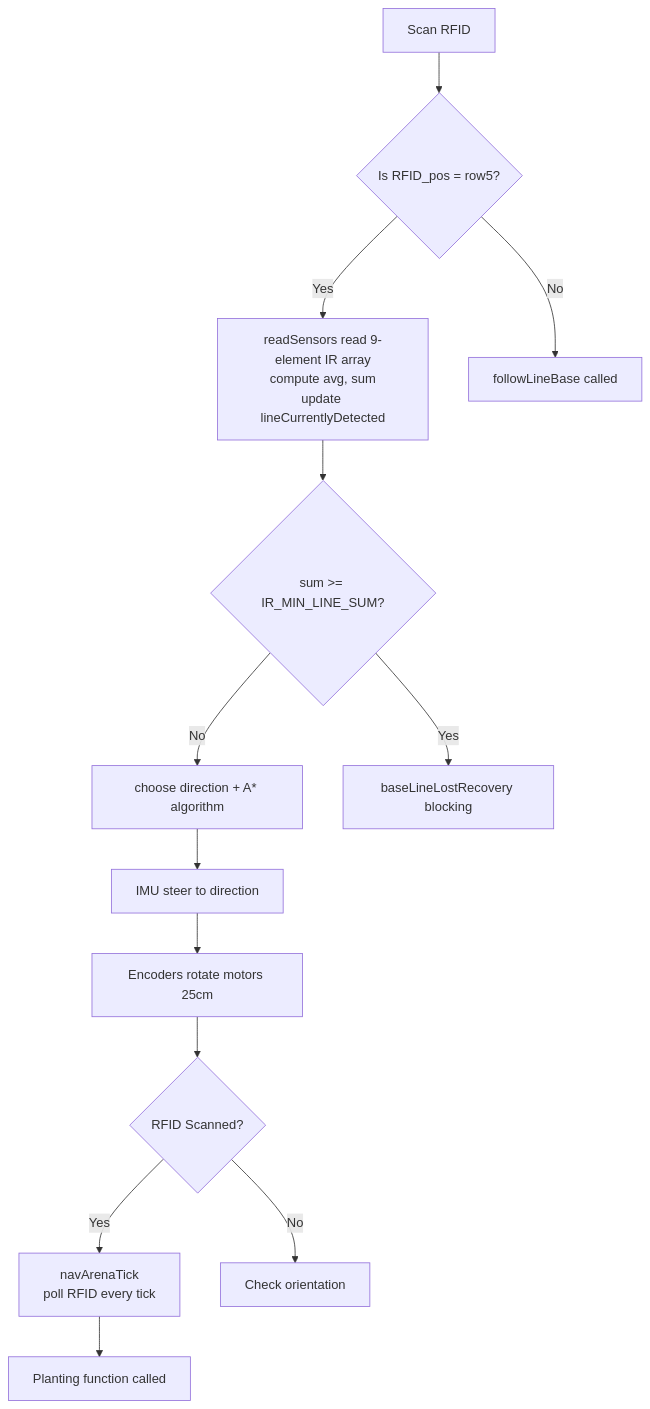
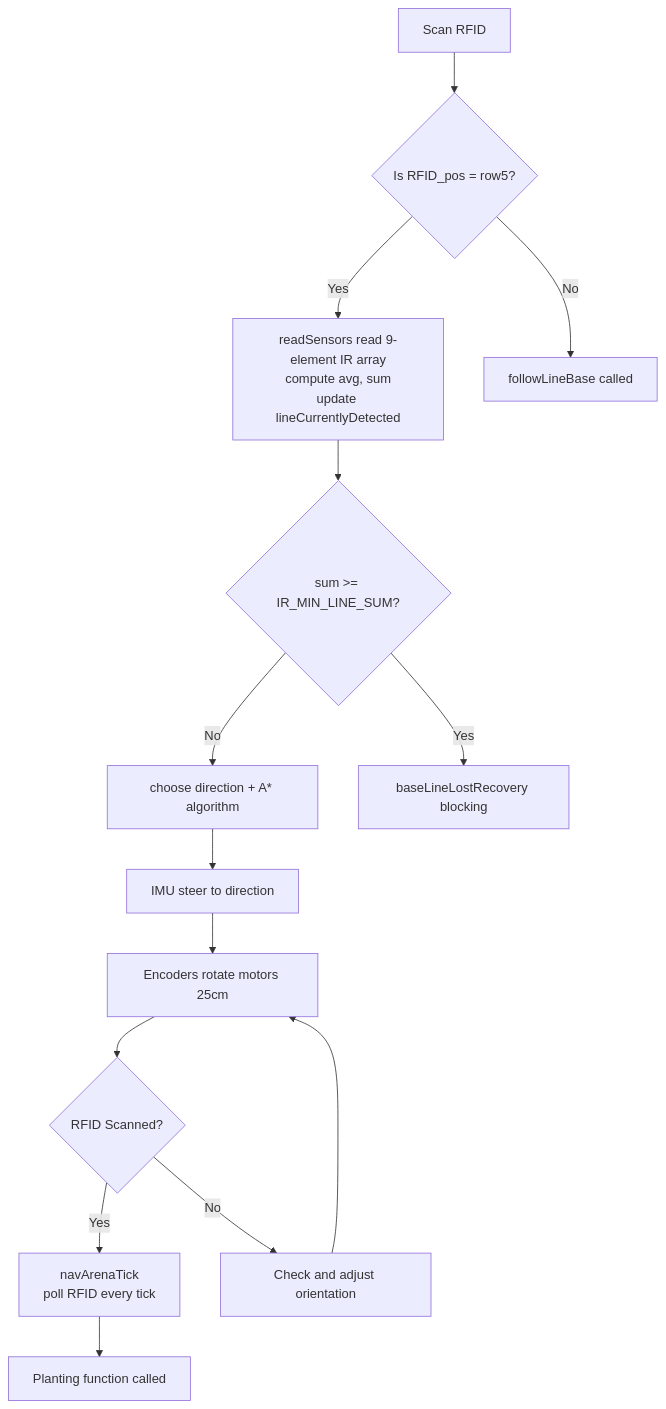
One commit to Stanleyhoo1/Robotics-Challenge changed the ninth of 9 diagrams in docs/flowcharts.md. Above: the diagram before and after it, drawn with Mermaid.

Commit message:
Clarify flowchart step for orientation check

````diff
--- a/docs/flowcharts.md
+++ b/docs/flowcharts.md
@@ -275,15 +275,16 @@
 ```mermaid
     flowchart TD
     A[Scan RFID] --> B{Is RFID_pos = row5?}
     B -- Yes -->C[readSensors read 9-element IR array<br/>compute avg, sum<br/>update lineCurrentlyDetected]
     B --No --> D[followLineBase called]
     C --> E{sum >= IR_MIN_LINE_SUM?}
     E -- No --> F[choose direction + A* algorithm]
     E -- Yes --> G[baseLineLostRecovery blocking]
     F --> H[IMU steer to direction]
     H --> I[Encoders rotate motors 25cm]
     I --> J{RFID Scanned?}
     J -- Yes --> K[navArenaTick<br/>poll RFID every tick]
-    J -- No --> L[Check orientation]
+    J -- No --> L[Check and adjust orientation]
     K --> M[Planting function called]
+    L --> I
 ```
````
